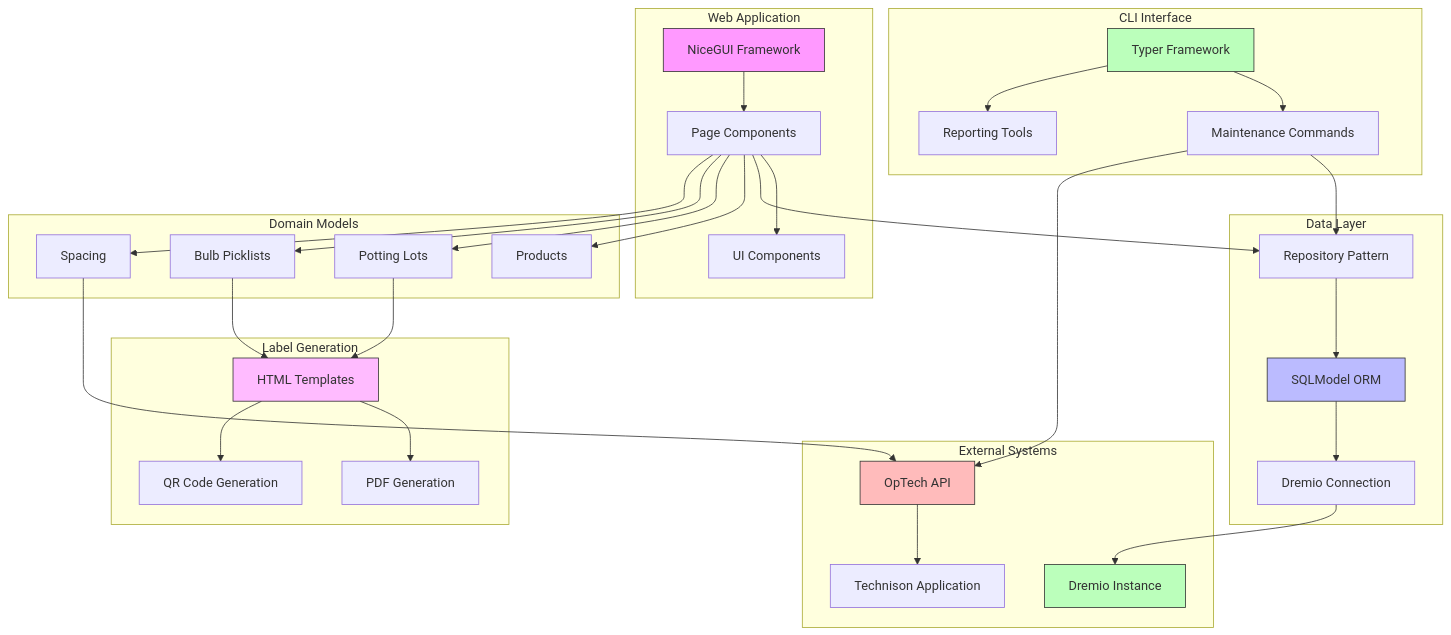
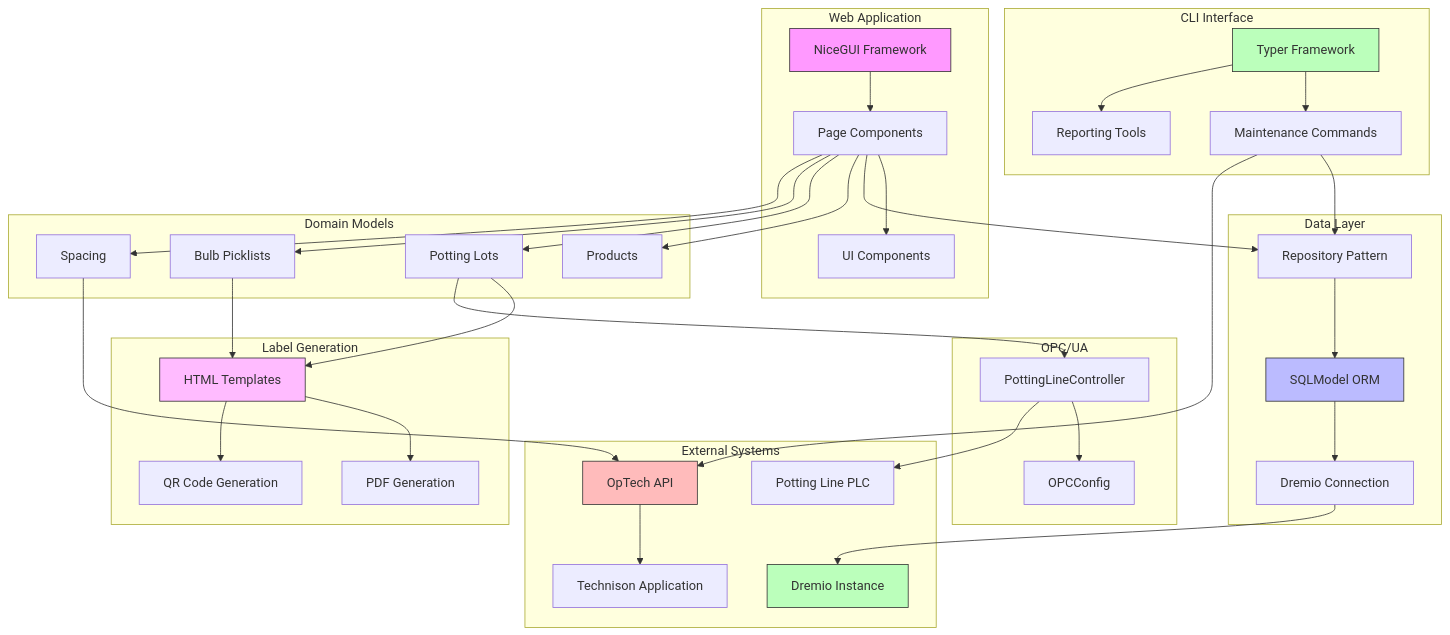
One commit to serraict/wetering-production-control changed the diagram in docs/architecture.md. Above: the diagram before and after it, drawn with Mermaid. The commit also changed other lines of this file and 3 other files, not shown here.

````diff
--- a/docs/architecture.md
+++ b/docs/architecture.md
@@ -55,72 +63,82 @@
 ```mermaid
 graph TD
     subgraph "Web Application"
         NiceGUI[NiceGUI Framework]
         Pages[Page Components]
         UIComponents[UI Components]
     end
     
     subgraph "Data Layer"
         SQLModel[SQLModel ORM]
         Repositories[Repository Pattern]
         DremioConn[Dremio Connection]
     end
     
     subgraph "Domain Models"
         Products[Products]
         PottingLots[Potting Lots]
         BulbPicklists[Bulb Picklists]
         Spacing[Spacing]
     end
     
     subgraph "Label Generation"
         Templates[HTML Templates]
         PDFGen[PDF Generation]
         QRCodes[QR Code Generation]
     end
     
     subgraph "CLI Interface"
         Typer[Typer Framework]
         Commands[Maintenance Commands]
         Reporting[Reporting Tools]
     end
     
+    subgraph "OPC/UA"
+        LineController[PottingLineController]
+        OPCConfig[OPCConfig]
+    end
+
     subgraph "External Systems"
         Dremio[Dremio Instance]
         OpTech[OpTech API]
         Technison[Technison Application]
+        PLC[Potting Line PLC]
     end
 
     NiceGUI --> Pages
     Pages --> UIComponents
     Pages --> Repositories
     
     Repositories --> SQLModel
     SQLModel --> DremioConn
     DremioConn --> Dremio
     
     Pages --> Products
     Pages --> PottingLots
     Pages --> BulbPicklists
     Pages --> Spacing
     
     PottingLots --> Templates
     BulbPicklists --> Templates
     Templates --> PDFGen
     Templates --> QRCodes
     
     Typer --> Commands
     Typer --> Reporting
     Commands --> Repositories
     Commands --> OpTech
     
     Spacing --> OpTech
     OpTech --> Technison
 
+    PottingLots --> LineController
+    LineController --> OPCConfig
+    LineController --> PLC
+
     style NiceGUI fill:#f9f,stroke:#333
     style SQLModel fill:#bbf,stroke:#333
     style Templates fill:#fbf,stroke:#333
     style Typer fill:#bfb,stroke:#333
     style OpTech fill:#fbb,stroke:#333
     style Dremio fill:#bfb,stroke:#333
 ```
````
